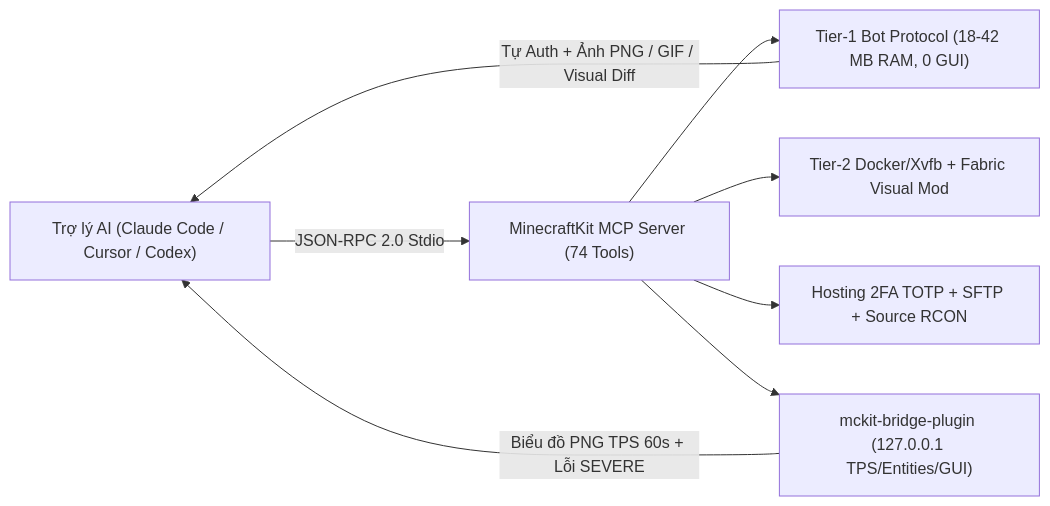
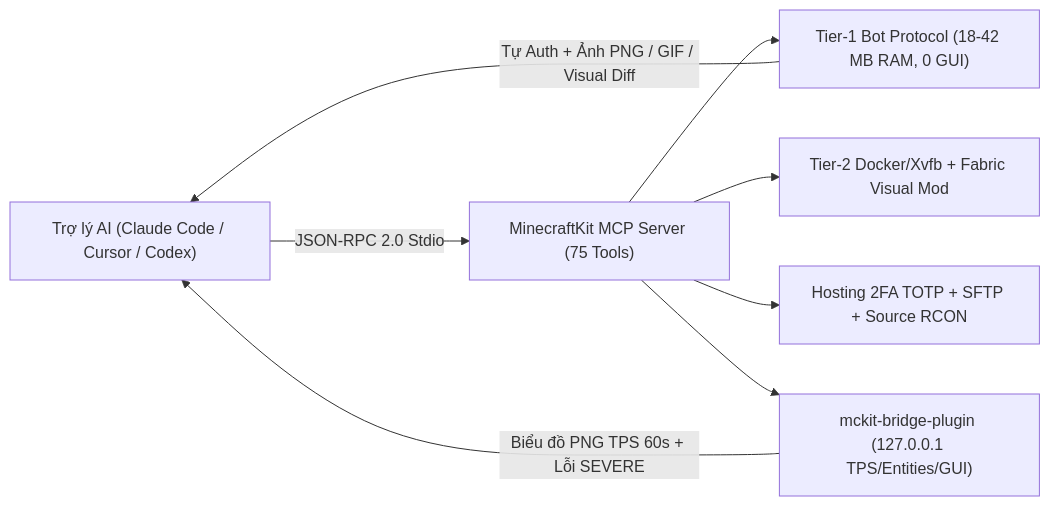
One commit to SalyyS1/minecraftkit changed the diagram in README.vi.md. Above: the diagram before and after it, drawn with Mermaid. The commit also changed other lines of this file and 20 other files, not shown here.

````diff
--- a/README.vi.md
+++ b/README.vi.md
@@ -11,10 +11,10 @@
 ```mermaid
 flowchart LR
-  AI["Trợ lý AI (Claude Code / Cursor / Codex)"] -->|JSON-RPC 2.0 Stdio| MCP["MinecraftKit MCP Server (74 Tools)"]
+  AI["Trợ lý AI (Claude Code / Cursor / Codex)"] -->|JSON-RPC 2.0 Stdio| MCP["MinecraftKit MCP Server (75 Tools)"]
   MCP --> BOT["Tier-1 Bot Protocol (18-42 MB RAM, 0 GUI)"]
   MCP --> VIS["Tier-2 Docker/Xvfb + Fabric Visual Mod"]
   MCP --> OPS["Hosting 2FA TOTP + SFTP + Source RCON"]
   MCP --> BRIDGE["mckit-bridge-plugin (127.0.0.1 TPS/Entities/GUI)"]
   BOT -->|Tự Auth + Ảnh PNG / GIF / Visual Diff| AI
   BRIDGE -->|Biểu đồ PNG TPS 60s + Lỗi SEVERE| AI
 ```
````
